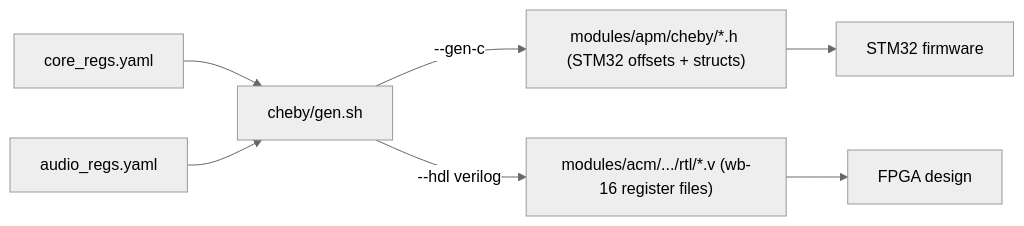
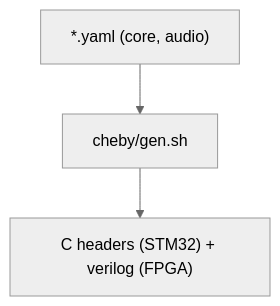
Before and after one commit to akielaries/signalmesh: the second of 6 diagrams in docs/acm-synth-architecture.md, drawn with Mermaid (neutral theme). The commit also changed other lines of this file and 17 other files, not shown here.

````diff
--- a/docs/acm-synth-architecture.md
+++ b/docs/acm-synth-architecture.md
@@ -113,9 +75,5 @@
 ```mermaid
-flowchart LR
-    Y1["core_regs.yaml"] --> GEN["cheby/gen.sh"]
-    Y2["audio_regs.yaml"] --> GEN
-    GEN -->|"--gen-c"| H["modules/apm/cheby/*.h (STM32 offsets + structs)"]
-    GEN -->|"--hdl verilog"| V["modules/acm/.../rtl/*.v (wb-16 register files)"]
-    H --> FW["STM32 firmware"]
-    V --> RTL["FPGA design"]
+flowchart TD
+    Y["*.yaml (core, audio)"] --> GEN["cheby/gen.sh"]
+    GEN --> OUT["C headers (STM32) + verilog (FPGA)"]
 ```
````
